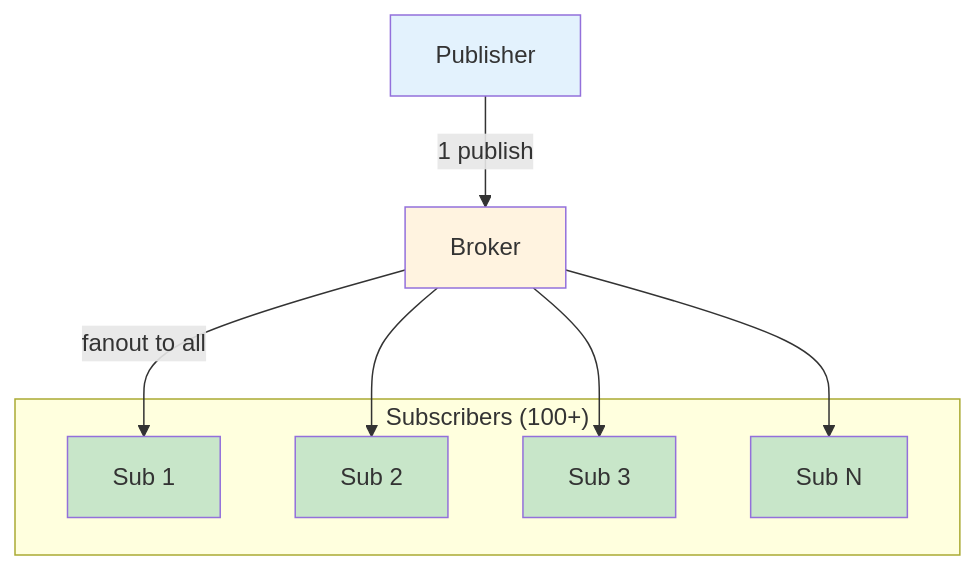
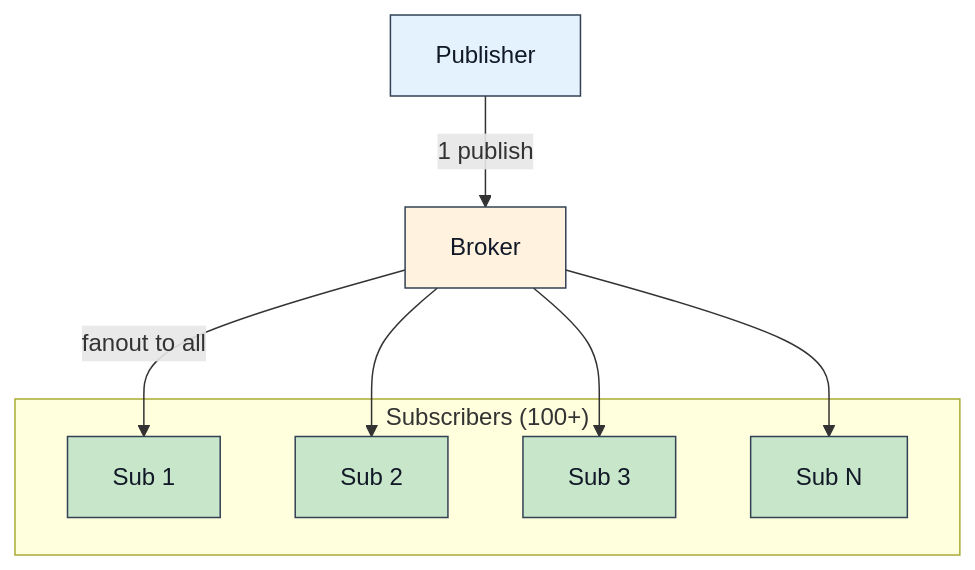
The fourth of 4 diagrams in docs-site/src/content/docs/features/pubsub.md (gabloe/felix), drawn with Mermaid before and after one commit. The commit also changed other lines of this file and 36 other files, not shown here.

````diff
--- a/docs-site/src/content/docs/features/pubsub.md
+++ b/docs-site/src/content/docs/features/pubsub.md
@@ -547,25 +547,25 @@
 ```mermaid
 graph TB
     P[Publisher]
     B[Broker]
     
     subgraph "Subscribers (100+)"
         S1[Sub 1]
         S2[Sub 2]
         S3[Sub 3]
         SN[Sub N]
     end
     
     P -->|1 publish| B
     B -->|fanout to all| S1
     B --> S2
     B --> S3
     B --> SN
     
-    style P fill:#e3f2fd
-    style B fill:#fff3e0
-    style S1 fill:#c8e6c9
-    style S2 fill:#c8e6c9
-    style S3 fill:#c8e6c9
-    style SN fill:#c8e6c9
+    style P fill:#e3f2fd,stroke:#334155,color:#111827
+    style B fill:#fff3e0,stroke:#334155,color:#111827
+    style S1 fill:#c8e6c9,stroke:#334155,color:#111827
+    style S2 fill:#c8e6c9,stroke:#334155,color:#111827
+    style S3 fill:#c8e6c9,stroke:#334155,color:#111827
+    style SN fill:#c8e6c9,stroke:#334155,color:#111827
 ```
````
